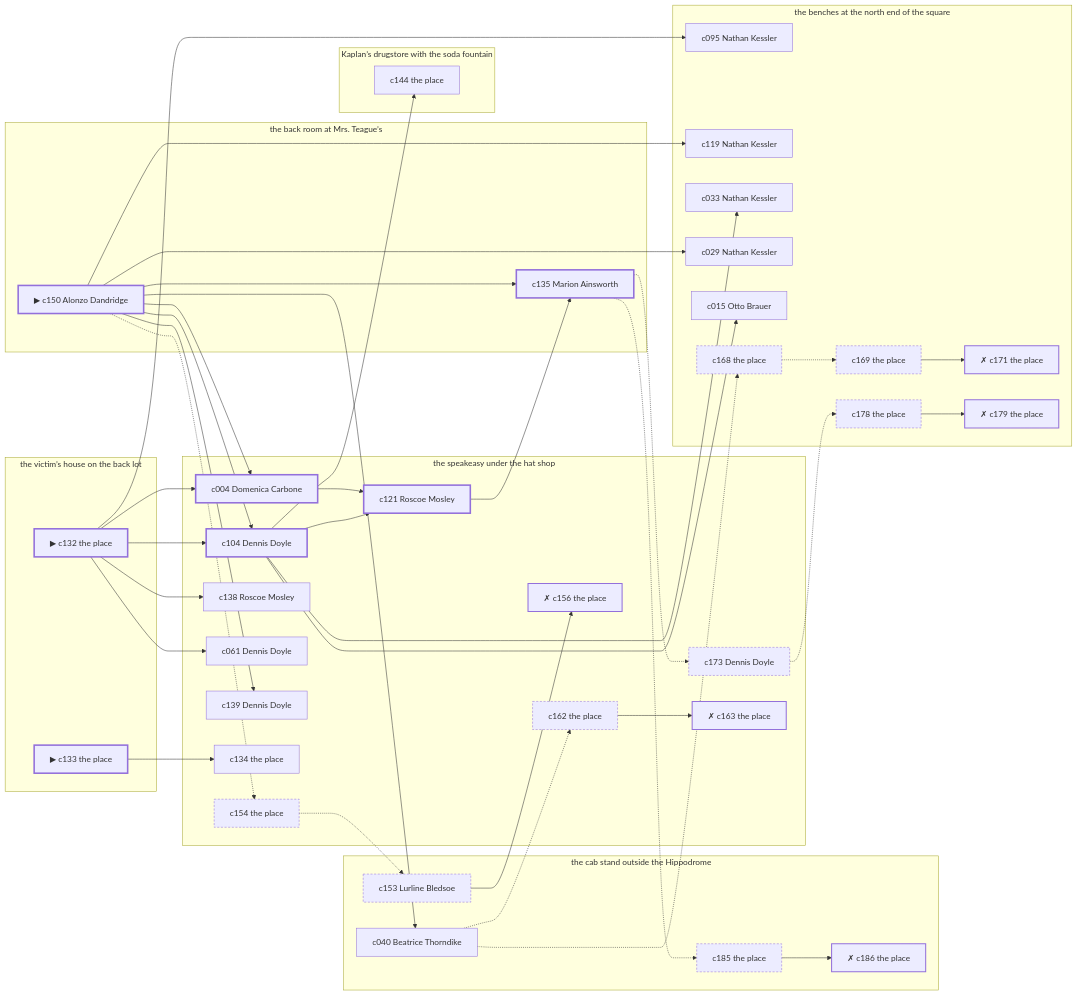
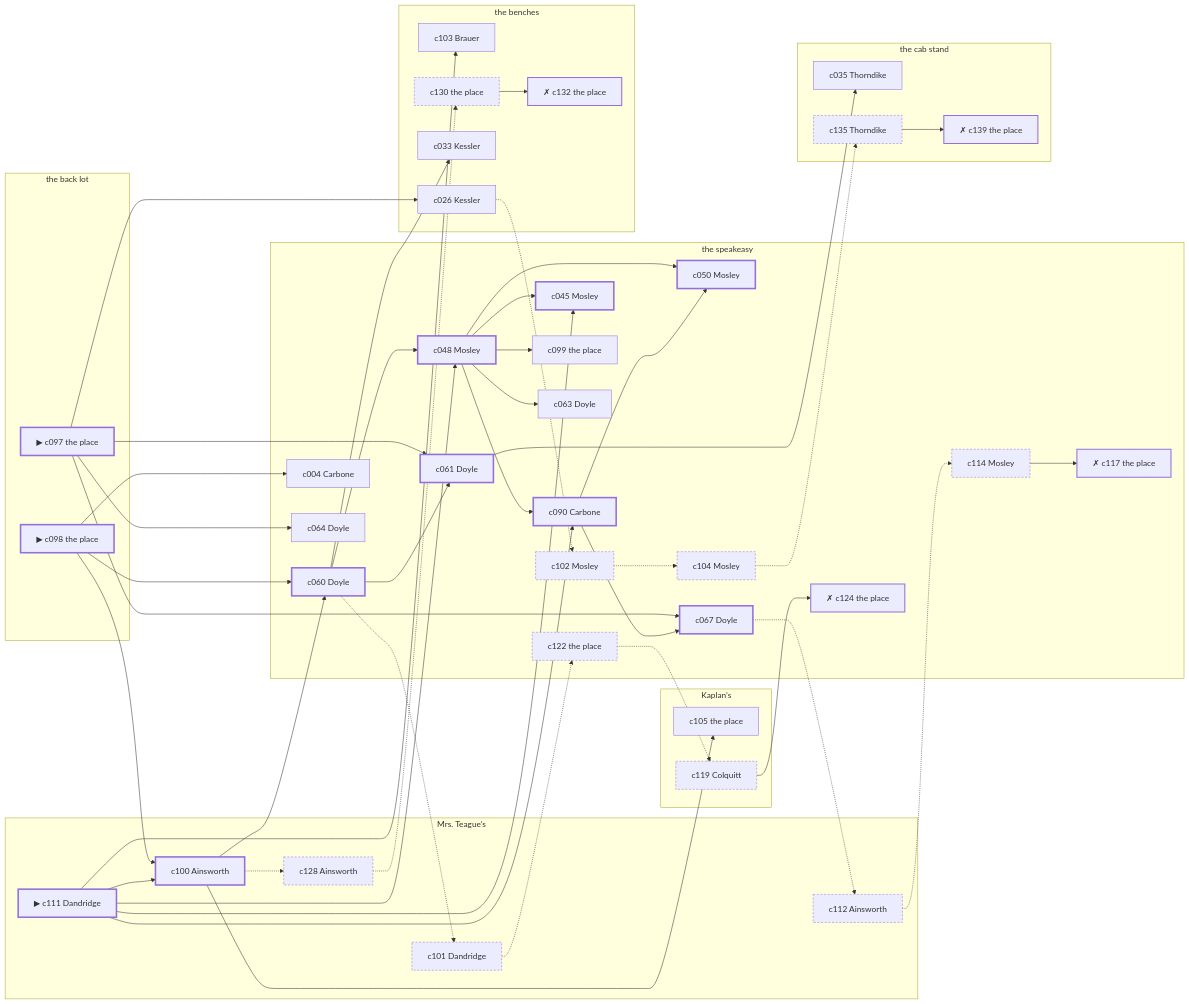
The diagram in docs/samples/case-7.md (lyamshin/dashiell), drawn with Mermaid before and after one commit. The commit also changed other lines of this file and 60 other files, not shown here.

````diff
--- a/docs/samples/case-7.md
+++ b/docs/samples/case-7.md
@@ -308,86 +317,96 @@
 ```mermaid
 graph LR
-  subgraph P1["the back room at Mrs. Teague’s"]
-    c150["▶ c150 Alonzo Dandridge"]
-    c135["c135 Marion Ainsworth"]
+  subgraph P1["Mrs. Teague’s"]
+    c111["▶ c111 Dandridge"]
+    c100["c100 Ainsworth"]
+    c101["c101 Dandridge"]
+    c128["c128 Ainsworth"]
+    c112["c112 Ainsworth"]
   end
-  subgraph P2["the speakeasy under the hat shop"]
-    c104["c104 Dennis Doyle"]
-    c004["c004 Domenica Carbone"]
-    c121["c121 Roscoe Mosley"]
-    c138["c138 Roscoe Mosley"]
-    c061["c061 Dennis Doyle"]
-    c139["c139 Dennis Doyle"]
-    c134["c134 the place"]
-    c154["c154 the place"]
-    c156["✗ c156 the place"]
-    c173["c173 Dennis Doyle"]
-    c162["c162 the place"]
-    c163["✗ c163 the place"]
+  subgraph P2["the speakeasy"]
+    c060["c060 Doyle"]
+    c048["c048 Mosley"]
+    c090["c090 Carbone"]
+    c050["c050 Mosley"]
+    c061["c061 Doyle"]
+    c045["c045 Mosley"]
+    c067["c067 Doyle"]
+    c004["c004 Carbone"]
+    c099["c099 the place"]
+    c063["c063 Doyle"]
+    c064["c064 Doyle"]
+    c122["c122 the place"]
+    c124["✗ c124 the place"]
+    c102["c102 Mosley"]
+    c104["c104 Mosley"]
+    c114["c114 Mosley"]
+    c117["✗ c117 the place"]
   end
-  subgraph P3["the victim’s house on the back lot"]
-    c132["▶ c132 the place"]
-    c133["▶ c133 the place"]
+  subgraph P3["the back lot"]
+    c097["▶ c097 the place"]
+    c098["▶ c098 the place"]
   end
-  subgraph P4["Kaplan’s drugstore with the soda fountain"]
-    c144["c144 the place"]
+  subgraph P4["Kaplan’s"]
+    c105["c105 the place"]
+    c119["c119 Colquitt"]
   end
-  subgraph P5["the cab stand outside the Hippodrome"]
-    c040["c040 Beatrice Thorndike"]
-    c153["c153 Lurline Bledsoe"]
-    c185["c185 the place"]
-    c186["✗ c186 the place"]
+  subgraph P5["the cab stand"]
+    c035["c035 Thorndike"]
+    c135["c135 Thorndike"]
+    c139["✗ c139 the place"]
   end
-  subgraph P6["the benches at the north end of the square"]
-    c095["c095 Nathan Kessler"]
-    c119["c119 Nathan Kessler"]
-    c033["c033 Nathan Kessler"]
-    c029["c029 Nathan Kessler"]
-    c015["c015 Otto Brauer"]
-    c168["c168 the place"]
-    c169["c169 the place"]
-    c171["✗ c171 the place"]
-    c178["c178 the place"]
-    c179["✗ c179 the place"]
+  subgraph P6["the benches"]
+    c103["c103 Brauer"]
+    c026["c026 Kessler"]
+    c033["c033 Kessler"]
+    c130["c130 the place"]
+    c132["✗ c132 the place"]
   end
-  c132 --> c104
-  c132 --> c004
-  c132 --> c095
-  c132 --> c138
-  c132 --> c061
-  c133 --> c134
-  c150 --> c104
-  c150 --> c004
-  c150 --> c135
-  c150 --> c040
-  c150 --> c119
-  c150 --> c139
-  c150 --> c029
-  c150 -.-> c154
-  c104 --> c121
-  c104 --> c144
-  c104 --> c033
-  c104 --> c015
-  c004 --> c121
-  c121 --> c135
-  c135 -.-> c173
-  c135 -.-> c185
-  c040 -.-> c168
-  c040 -.-> c162
-  c154 -.-> c153
-  c153 --> c156
-  c168 -.-> c169
-  c169 --> c171
-  c173 -.-> c178
-  c178 --> c179
-  c185 --> c186
-  c162 --> c163
+  c097 --> c061
+  c097 --> c067
+  c097 --> c026
+  c097 --> c064
+  c098 --> c100
+  c098 --> c060
+  c098 --> c004
+  c111 --> c100
+  c111 --> c048
+  c111 --> c090
+  c111 --> c045
+  c111 --> c103
+  c100 --> c060
+  c100 --> c105
+  c100 -.-> c128
+  c060 --> c048
+  c060 --> c061
+  c060 --> c033
+  c060 -.-> c101
+  c048 --> c090
+  c048 --> c050
+  c048 --> c045
+  c048 --> c099
+  c048 --> c063
+  c090 --> c050
+  c090 --> c067
+  c061 --> c035
+  c067 -.-> c112
+  c026 -.-> c102
+  c101 -.-> c122
+  c122 -.-> c119
+  c119 --> c124
+  c102 -.-> c104
+  c104 -.-> c135
+  c135 --> c139
+  c128 -.-> c130
+  c130 --> c132
+  c112 -.-> c114
+  c114 --> c117
   classDef spine stroke-width:3px;
   classDef corrob stroke-width:1px;
   classDef noise stroke-dasharray: 4 3;
   classDef disq stroke-width:2px,stroke-dasharray: 1 0;
-  class c132,c133,c150,c104,c004,c121,c135 spine;
-  class c095,c040,c144,c138,c119,c061,c139,c134,c033,c029,c015 corrob;
-  class c154,c153,c168,c169,c173,c178,c185,c162 noise;
-  class c156,c171,c179,c186,c163 disq;
+  class c097,c098,c111,c100,c060,c048,c090,c050,c061,c045,c067 spine;
+  class c103,c105,c004,c099,c035,c026,c063,c064,c033 corrob;
+  class c101,c122,c119,c102,c104,c135,c128,c130,c112,c114 noise;
+  class c124,c139,c132,c117 disq;
 ```
````
